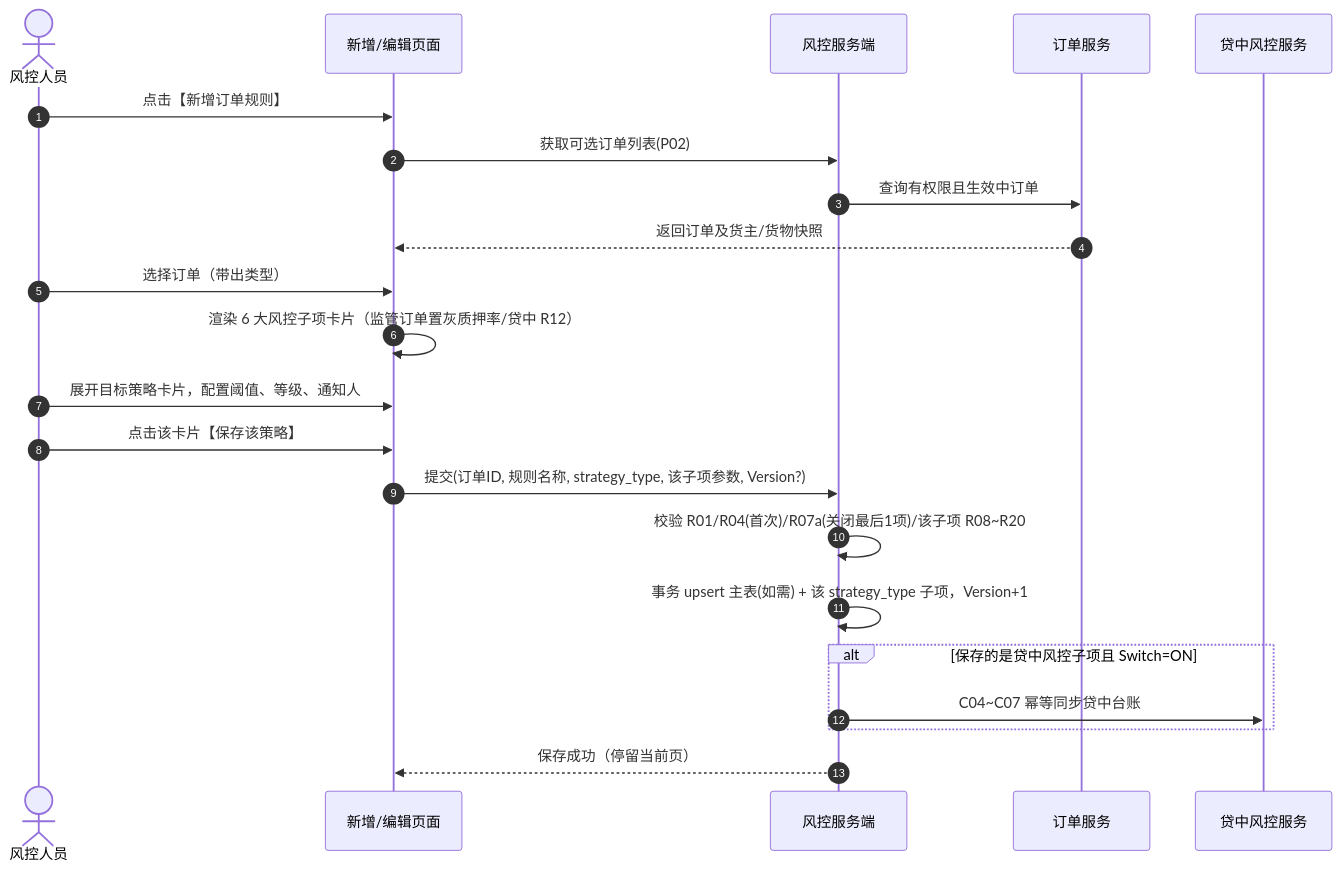
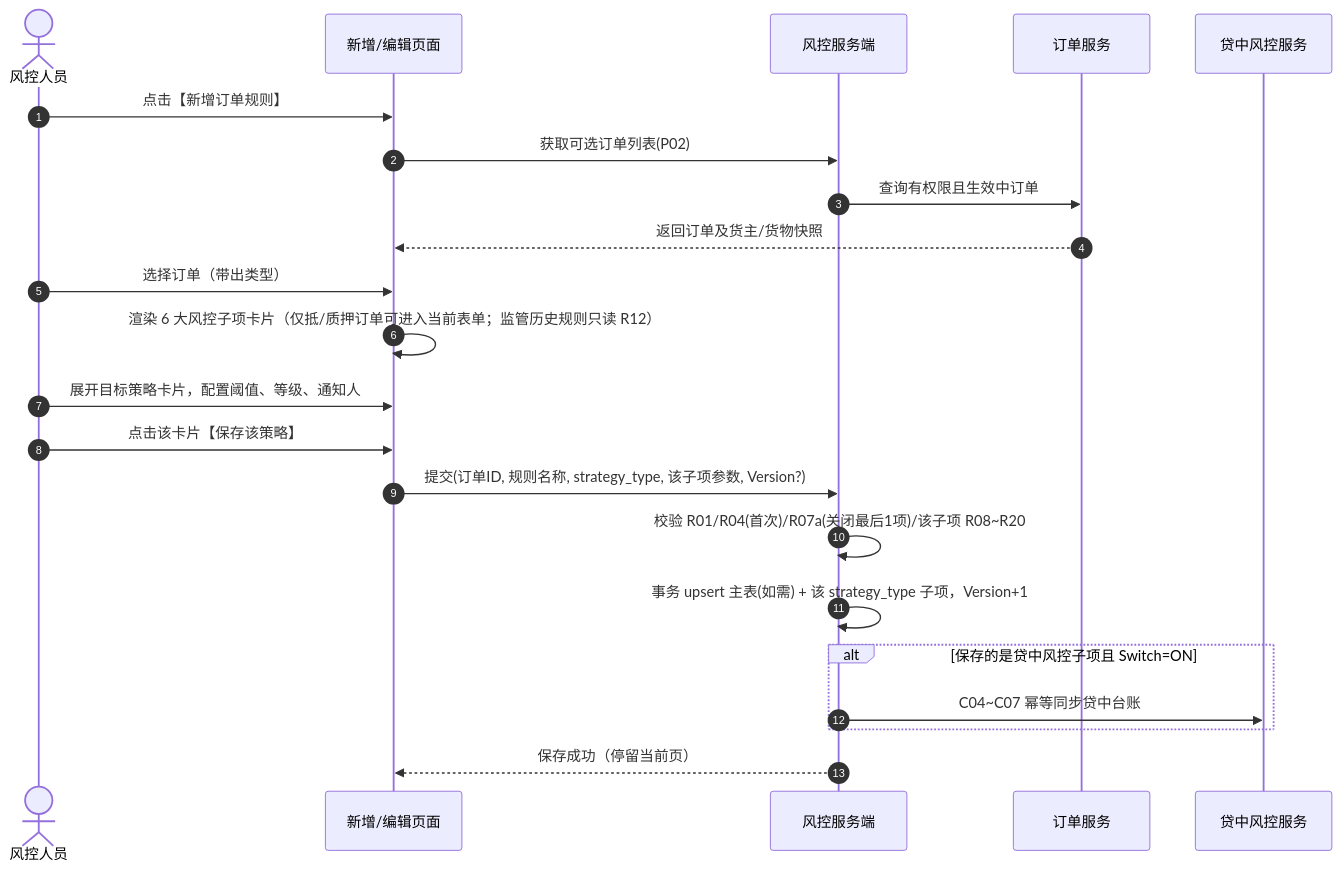
Before and after one commit to RobertHuang999/SYZC: the second of 3 diagrams in 02-PRD文档/B-迭代需求/6.2版本（2026.08）/03-预警配置/03订单预警配置/订单预警配置业务规则规格.md, drawn with Mermaid. The commit also changed other lines of this file and 362 other files, not shown here.

````diff
--- a/02-PRD文档/B-迭代需求/6.2版本（2026.08）/03-预警配置/03订单预警配置/订单预警配置业务规则规格.md
+++ b/02-PRD文档/B-迭代需求/6.2版本（2026.08）/03-预警配置/03订单预警配置/订单预警配置业务规则规格.md
@@ -323,25 +329,25 @@
 ```mermaid
 sequenceDiagram
     autonumber
     actor User as 风控人员
     participant FE as 新增/编辑页面
     participant API as 风控服务端
     participant ORD as 订单服务
     participant MID as 贷中风控服务
 
     User->>FE: 点击【新增订单规则】
     FE->>API: 获取可选订单列表(P02)
     API->>ORD: 查询有权限且生效中订单
     ORD-->>FE: 返回订单及货主/货物快照
     User->>FE: 选择订单（带出类型）
-    FE->>FE: 渲染 6 大风控子项卡片（监管订单置灰质押率/贷中 R12）
+    FE->>FE: 渲染 6 大风控子项卡片（仅抵/质押订单可进入当前表单；监管历史规则只读 R12）
     User->>FE: 展开目标策略卡片，配置阈值、等级、通知人
     User->>FE: 点击该卡片【保存该策略】
     FE->>API: 提交(订单ID, 规则名称, strategy_type, 该子项参数, Version?)
     API->>API: 校验 R01/R04(首次)/R07a(关闭最后1项)/该子项 R08~R20
     API->>API: 事务 upsert 主表(如需) + 该 strategy_type 子项，Version+1
     alt 保存的是贷中风控子项且 Switch=ON
         API->>MID: C04~C07 幂等同步贷中台账
     end
     API-->>FE: 保存成功（停留当前页）
 ```
````
